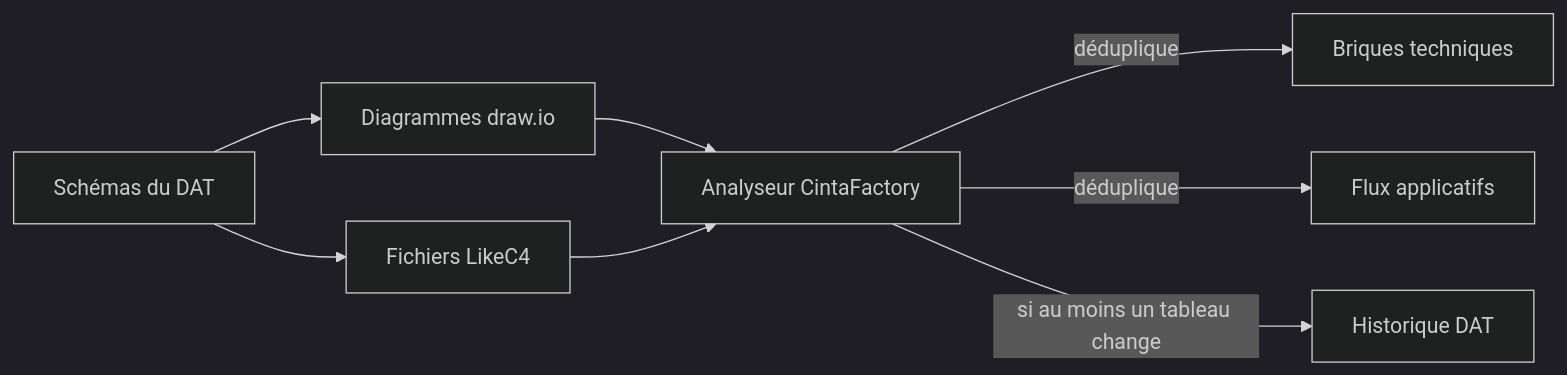
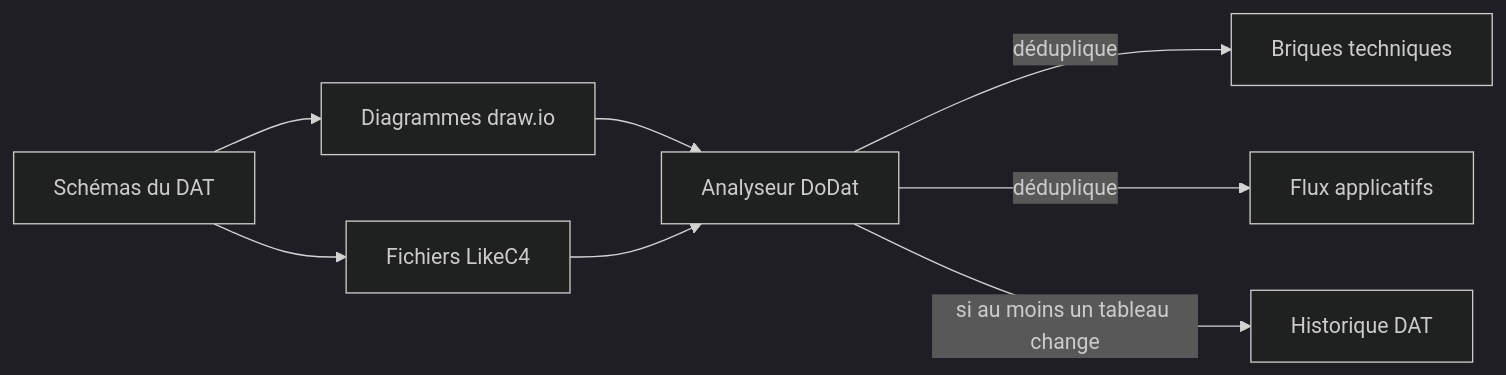
The first of 2 diagrams in docs/FluxApplicatifs.md (cintamaya-org/DoDAT), drawn with Mermaid (dark theme) before and after one commit. The commit also changed other lines of this file and 26 other files, not shown here.

````diff
--- a/docs/FluxApplicatifs.md
+++ b/docs/FluxApplicatifs.md
@@ -24,18 +24,18 @@
 ```mermaid
 flowchart LR
     S[Schémas du DAT]
     D[Diagrammes draw.io]
     L[Fichiers LikeC4]
-    P[Analyseur CintaFactory]
+    P[Analyseur DoDat]
     B[Briques techniques]
     F[Flux applicatifs]
     H[Historique DAT]
 
     S --> D
     S --> L
     D --> P
     L --> P
     P -->|déduplique| B
     P -->|déduplique| F
     P -->|si au moins un tableau change| H
 ```
````
